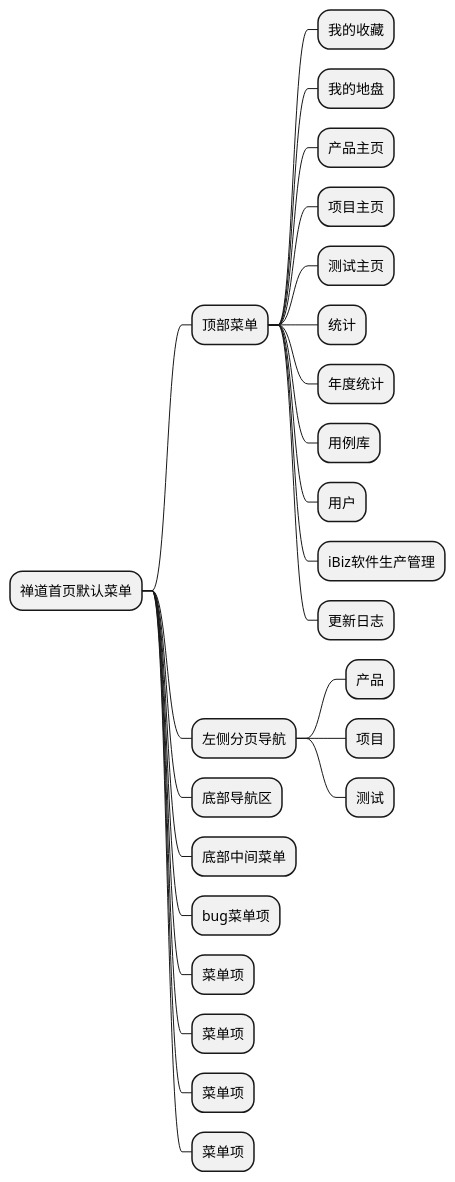
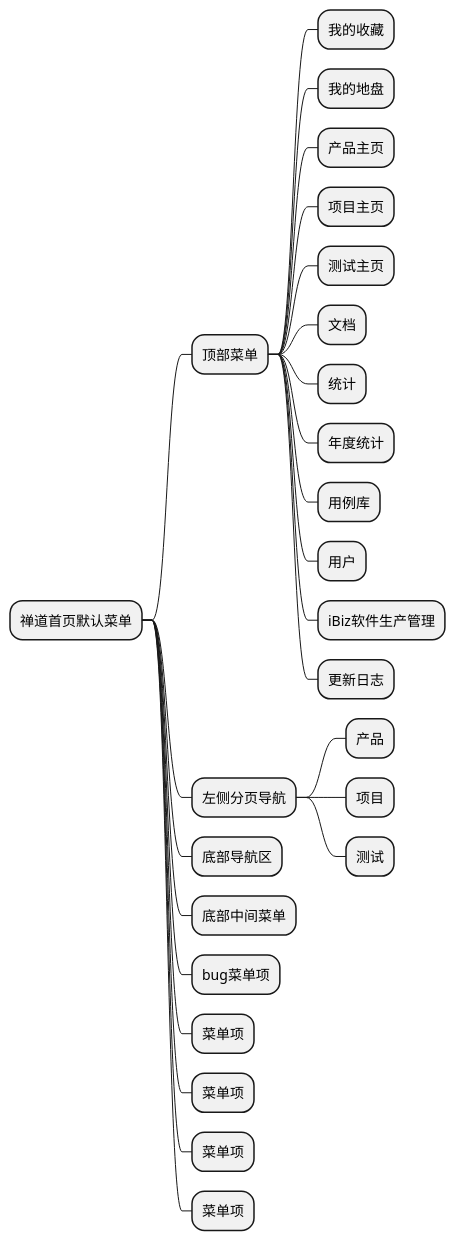
Before and after one commit to zj335841911/nt_chandao: the diagram in ibizpms-docs/src/main/doc/v1/app/web/zentao.md, drawn with PlantUML. The commit also changed other lines of this file and 34 other files, not shown here.

```diff
--- a/ibizpms-docs/src/main/doc/v1/app/web/zentao.md
+++ b/ibizpms-docs/src/main/doc/v1/app/web/zentao.md
@@ -5,28 +5,29 @@
 {% plantuml %}
 @startmindmap
 * 禅道首页默认菜单
 ** 顶部菜单
 *** 我的收藏
 *** 我的地盘
 *** 产品主页
 *** 项目主页
 *** 测试主页
+*** 文档
 *** 统计
 *** 年度统计
 *** 用例库
 *** 用户
 *** iBiz软件生产管理
 *** 更新日志
 ** 左侧分页导航
 *** 产品
 *** 项目
 *** 测试
 ** 底部导航区
 ** 底部中间菜单
 ** bug菜单项
 ** 菜单项
 ** 菜单项
 ** 菜单项
 ** 菜单项
 @endmindmap
 {% endplantuml %}
```
